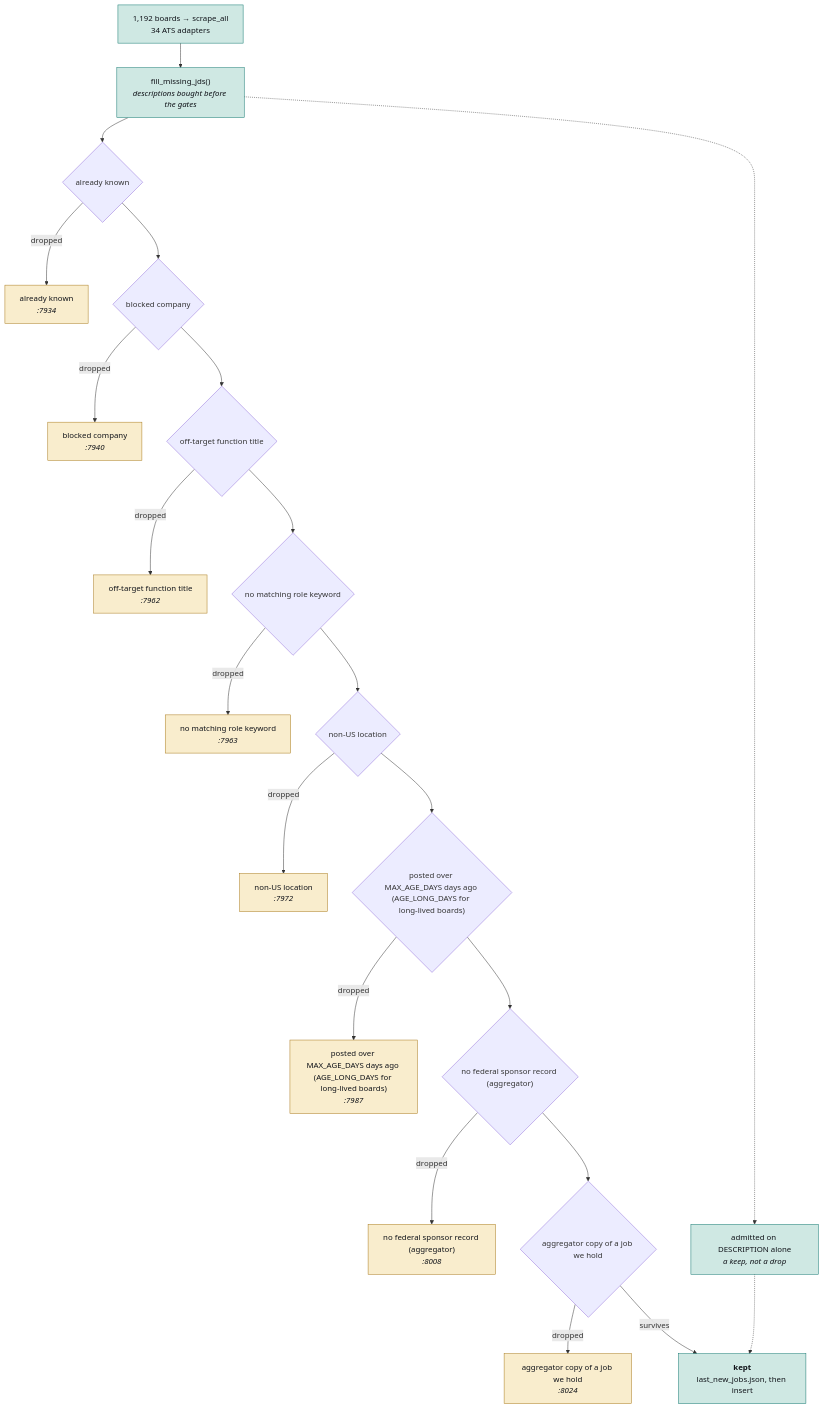
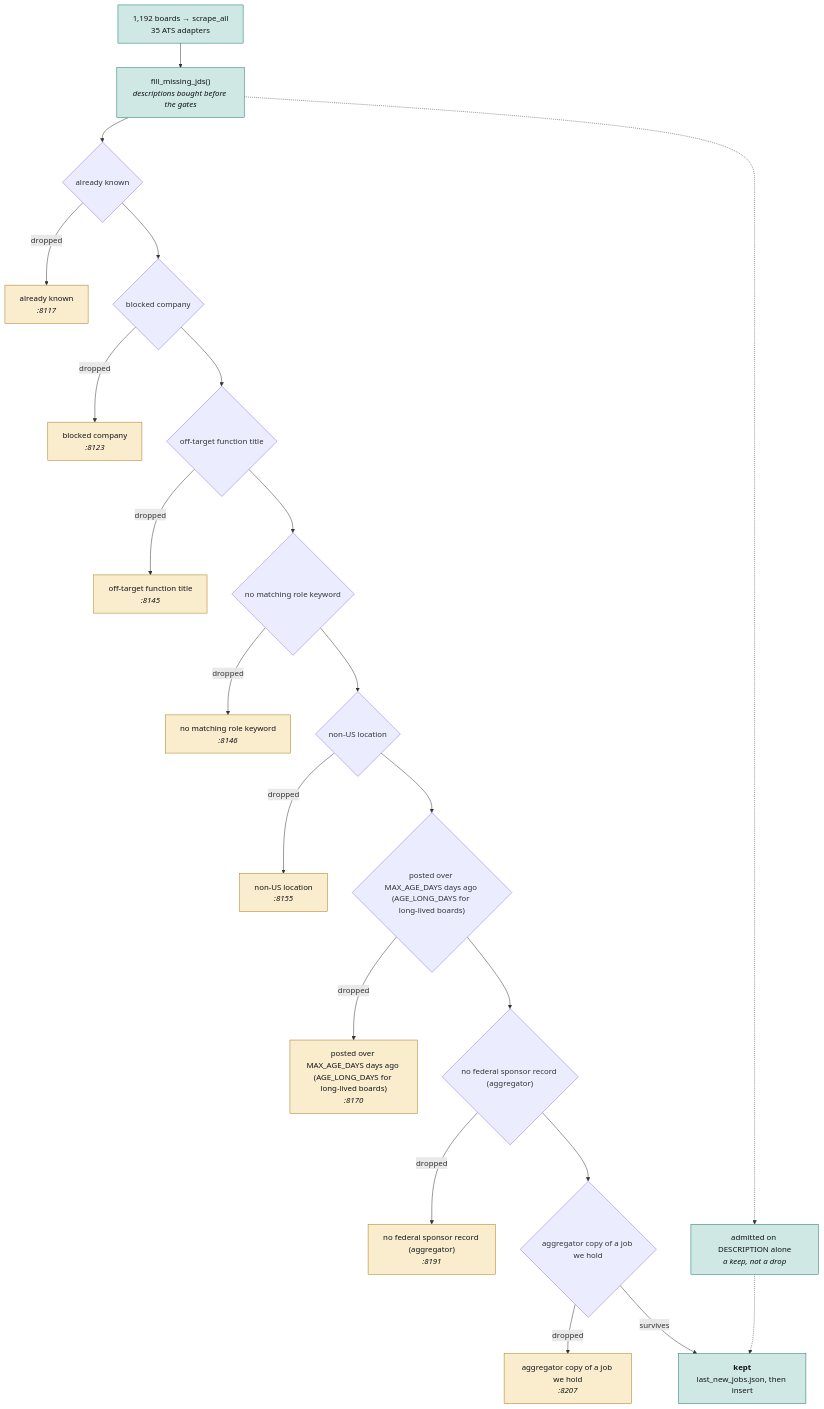
The second of 4 diagrams in JobMatch Scraper/docs/ARCHITECTURE.md (hadakunal909-debug/job-search-tool), drawn with Mermaid before and after one commit. The commit also changed other lines of this file and 6 other files, not shown here.

````diff
--- a/JobMatch Scraper/docs/ARCHITECTURE.md
+++ b/JobMatch Scraper/docs/ARCHITECTURE.md
@@ -106,54 +106,54 @@
 ```mermaid
 flowchart TB
-  SRC["1,192 boards → scrape_all<br/>34 ATS adapters"]
+  SRC["1,192 boards → scrape_all<br/>35 ATS adapters"]
   JD["fill_missing_jds()<br/><i>descriptions bought before the gates</i>"]
   SRC --> JD
   G0{"already known"}
-  D0["already known<br/><i>:7934</i>"]
+  D0["already known<br/><i>:8117</i>"]
   JD --> G0
   G0 -->|dropped| D0
   class D0 trap
   G1{"blocked company"}
-  D1["blocked company<br/><i>:7940</i>"]
+  D1["blocked company<br/><i>:8123</i>"]
   G0 --> G1
   G1 -->|dropped| D1
   class D1 trap
   G2{"off-target function title"}
-  D2["off-target function title<br/><i>:7962</i>"]
+  D2["off-target function title<br/><i>:8145</i>"]
   G1 --> G2
   G2 -->|dropped| D2
   class D2 trap
   G3{"no matching role keyword"}
-  D3["no matching role keyword<br/><i>:7963</i>"]
+  D3["no matching role keyword<br/><i>:8146</i>"]
   G2 --> G3
   G3 -->|dropped| D3
   class D3 trap
   G4{"non-US location"}
-  D4["non-US location<br/><i>:7972</i>"]
+  D4["non-US location<br/><i>:8155</i>"]
   G3 --> G4
   G4 -->|dropped| D4
   class D4 trap
   G5{"posted over MAX_AGE_DAYS days ago (AGE_LONG_DAYS for long-lived boards)"}
-  D5["posted over MAX_AGE_DAYS days ago (AGE_LONG_DAYS for long-lived boards)<br/><i>:7987</i>"]
+  D5["posted over MAX_AGE_DAYS days ago (AGE_LONG_DAYS for long-lived boards)<br/><i>:8170</i>"]
   G4 --> G5
   G5 -->|dropped| D5
   class D5 trap
   G6{"no federal sponsor record (aggregator)"}
-  D6["no federal sponsor record (aggregator)<br/><i>:8008</i>"]
+  D6["no federal sponsor record (aggregator)<br/><i>:8191</i>"]
   G5 --> G6
   G6 -->|dropped| D6
   class D6 trap
   G7{"aggregator copy of a job we hold"}
-  D7["aggregator copy of a job we hold<br/><i>:8024</i>"]
+  D7["aggregator copy of a job we hold<br/><i>:8207</i>"]
   G6 --> G7
   G7 -->|dropped| D7
   class D7 trap
   KEEP["<b>kept</b><br/>last_new_jobs.json, then insert"]
   G7 -->|survives| KEEP
   RESCUE["admitted on DESCRIPTION alone<br/><i>a keep, not a drop</i>"]
   JD -.-> RESCUE
   RESCUE -.-> KEEP
   classDef trap fill:#f9edcd,stroke:#a8781a,color:#101319
   classDef sched fill:#cfe8e3,stroke:#0f766e,color:#101319
   class SRC,JD,KEEP,RESCUE sched
 ```
````
